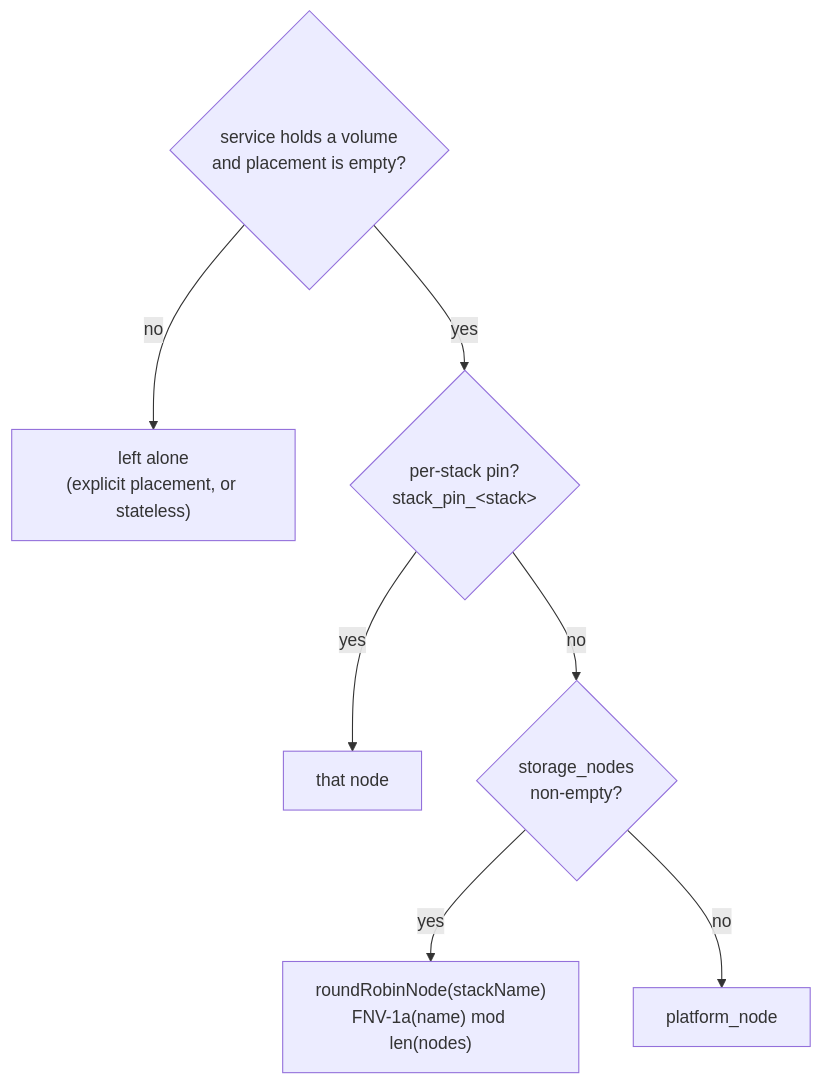
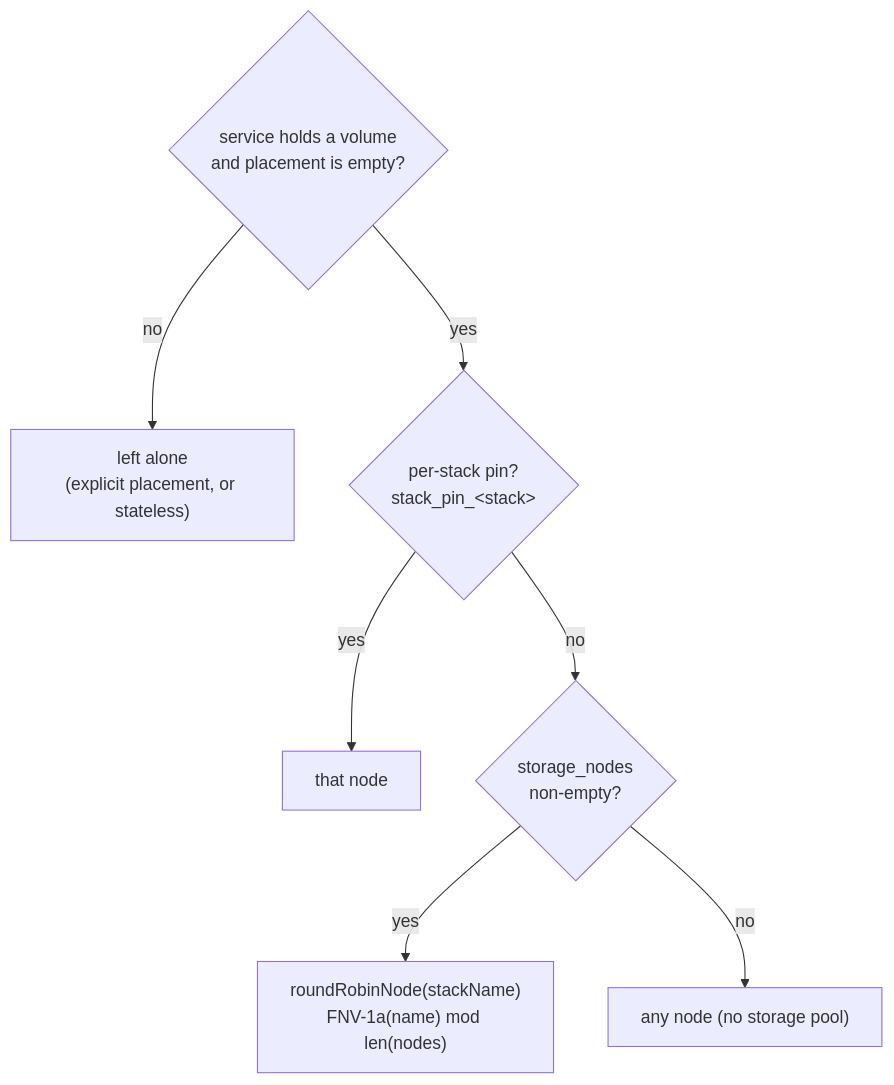
One commit to hazemarian/poor-man-cluster changed the second of 8 diagrams in docs/storage-and-databases.md. Above: the diagram before and after it, drawn with Mermaid. The commit also changed other lines of this file and 25 other files, not shown here.

First line of the commit message:
refactor(placement): per-stack placement, platform_node removed entirely

````diff
--- a/docs/storage-and-databases.md
+++ b/docs/storage-and-databases.md
@@ -86,9 +86,9 @@
 ```mermaid
 flowchart TD
     S{"service holds a volume<br/>and placement is empty?"} -->|no| K["left alone<br/>(explicit placement, or stateless)"]
     S -->|yes| P{"per-stack pin?<br/>stack_pin_&lt;stack&gt;"}
     P -->|yes| R1["that node"]
     P -->|no| N{"storage_nodes<br/>non-empty?"}
     N -->|yes| R2["roundRobinNode(stackName)<br/>FNV-1a(name) mod len(nodes)"]
-    N -->|no| R3["platform_node"]
+    N -->|no| R3["any node (no storage pool)"]
 ```
````
